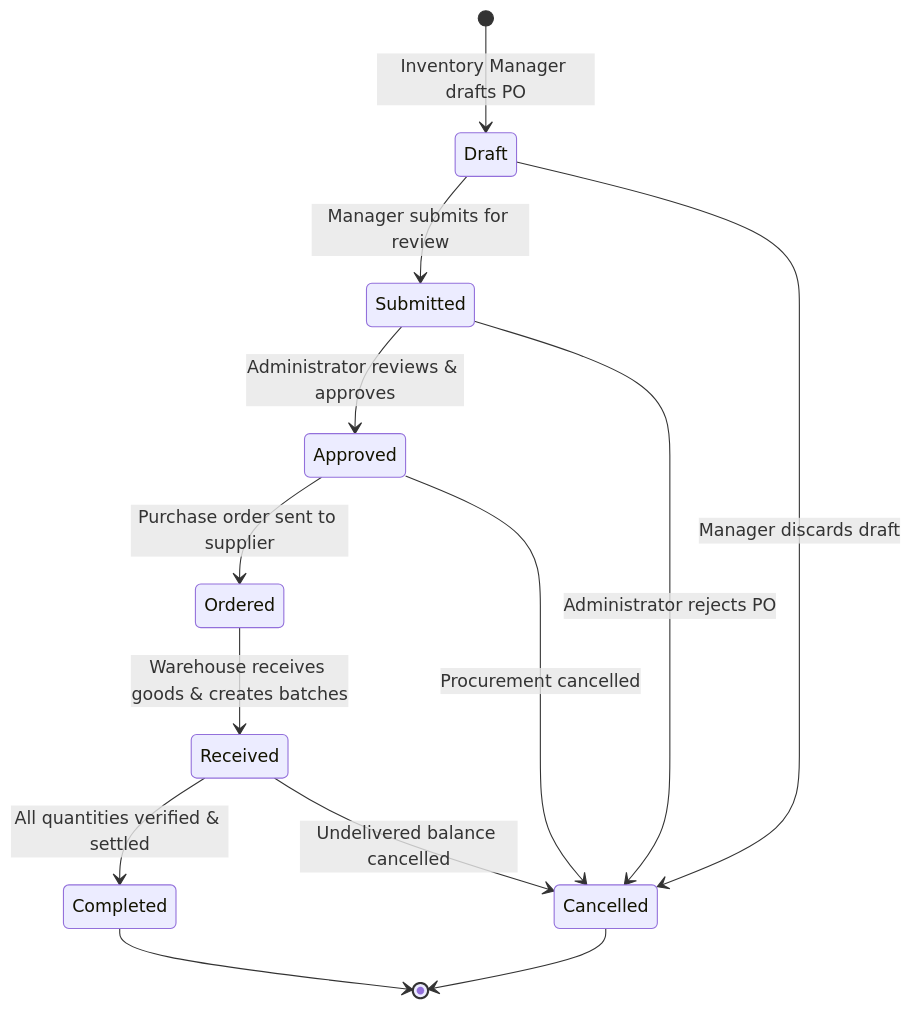
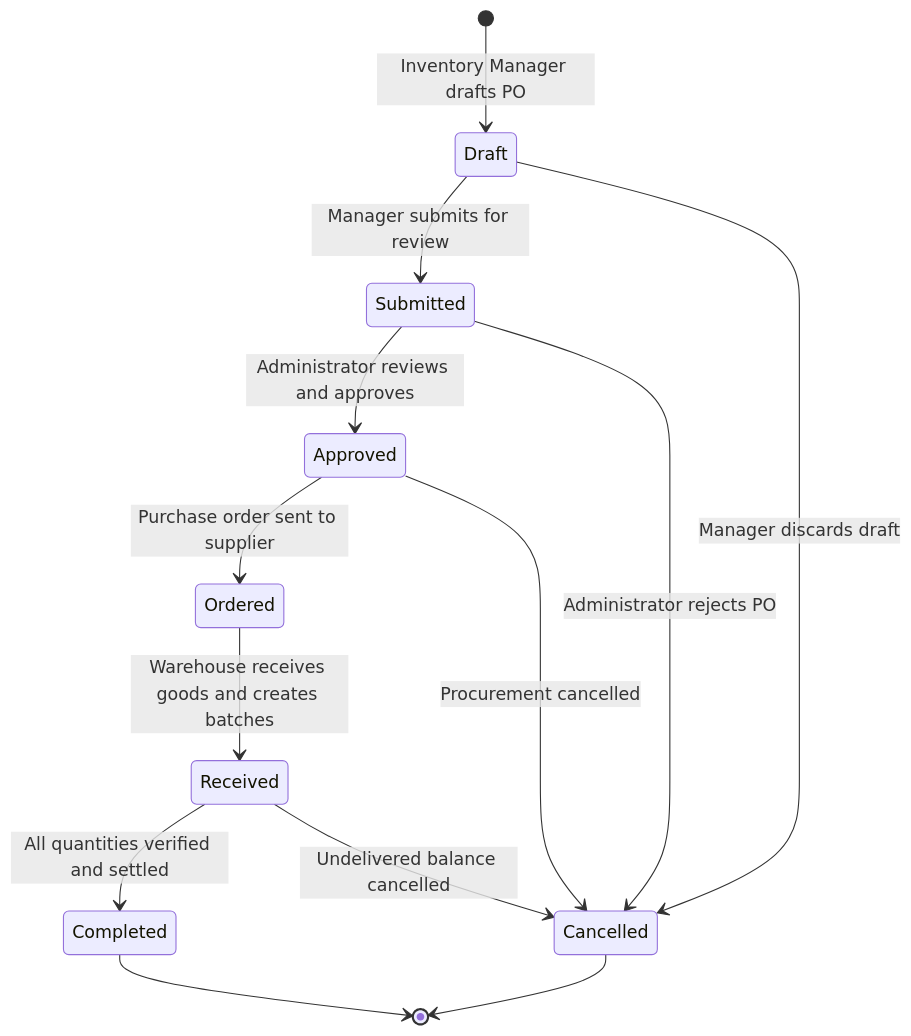
One commit to musfirofficial/StockSphere changed the eighth of 10 diagrams in documents/03-system-design.md. Above: the diagram before and after it, drawn with Mermaid. The commit also changed other lines of this file, not shown here.

````diff
--- a/documents/03-system-design.md
+++ b/documents/03-system-design.md
@@ -528,19 +527,19 @@
 ```mermaid
 stateDiagram-v2
     [*] --> Draft : Inventory Manager drafts PO
     Draft --> Submitted : Manager submits for review
     Draft --> Cancelled : Manager discards draft
 
-    Submitted --> Approved : Administrator reviews & approves
+    Submitted --> Approved : Administrator reviews and approves
     Submitted --> Cancelled : Administrator rejects PO
 
     Approved --> Ordered : Purchase order sent to supplier
     Approved --> Cancelled : Procurement cancelled
 
-    Ordered --> Received : Warehouse receives goods & creates batches
-    Received --> Completed : All quantities verified & settled
+    Ordered --> Received : Warehouse receives goods and creates batches
+    Received --> Completed : All quantities verified and settled
     Received --> Cancelled : Undelivered balance cancelled
 
     Completed --> [*]
     Cancelled --> [*]
 ```
````
